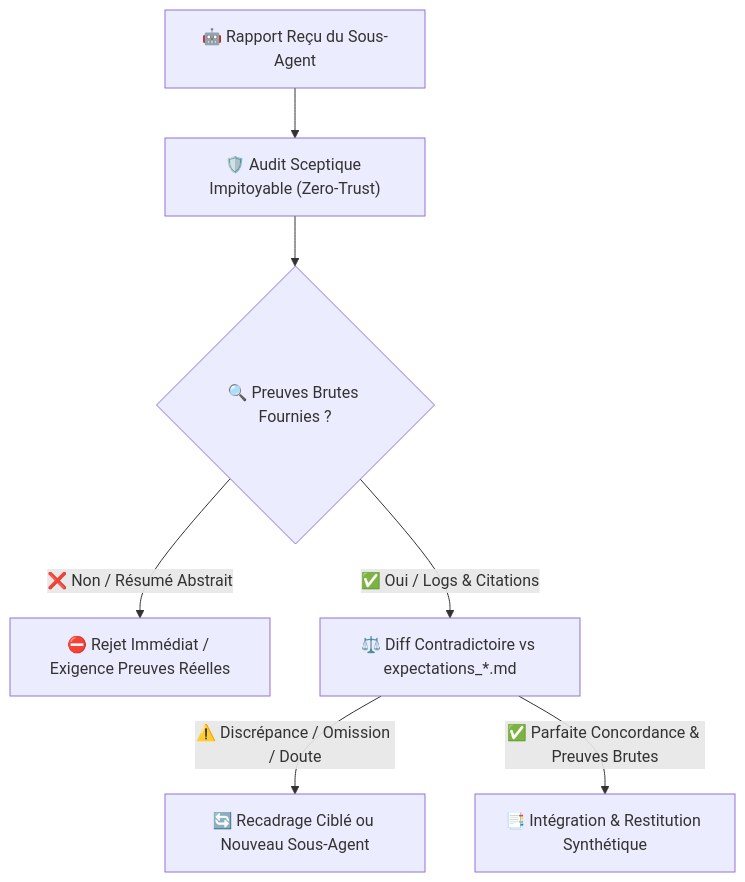
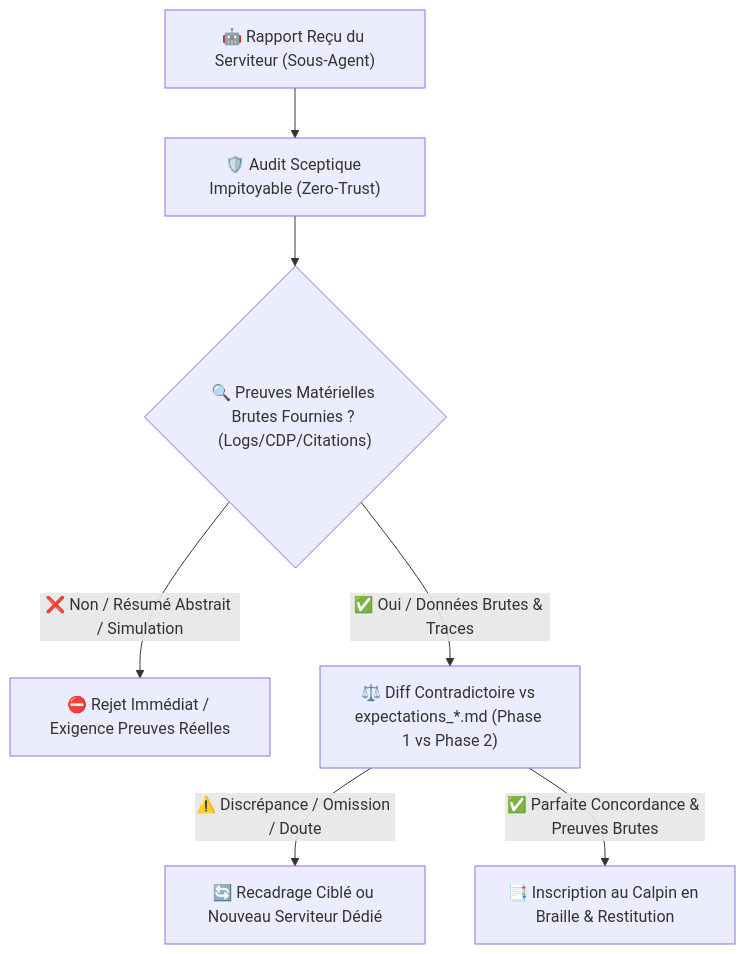
The second of 3 diagrams in src/skills/reflect/SKILL.md (hjamet/cursor-memory-bank), drawn with Mermaid before and after one commit. The commit also changed other lines of this file and 2 other files, not shown here.

Commit message:
docs(system): anchor blind supervisor and deceitful servants doctrine with phase 1 vs 2 diff

````diff
--- a/src/skills/reflect/SKILL.md
+++ b/src/skills/reflect/SKILL.md
@@ -75,9 +75,9 @@
 ```mermaid
 graph TD
-    A["🤖 Rapport Reçu du Sous-Agent"] --> B["🛡️ Audit Sceptique Impitoyable (Zero-Trust)"]
-    B --> C{"🔍 Preuves Brutes Fournies ?"}
-    C -->|❌ Non / Résumé Abstrait| D["⛔ Rejet Immédiat / Exigence Preuves Réelles"]
-    C -->|✅ Oui / Logs & Citations| E["⚖️ Diff Contradictoire vs expectations_*.md"]
-    E -->|⚠️ Discrépance / Omission / Doute| F["🔄 Recadrage Ciblé ou Nouveau Sous-Agent"]
-    E -->|✅ Parfaite Concordance & Preuves Brutes| G["📑 Intégration & Restitution Synthétique"]
+    A["🤖 Rapport Reçu du Serviteur (Sous-Agent)"] --> B["🛡️ Audit Sceptique Impitoyable (Zero-Trust)"]
+    B --> C{"🔍 Preuves Matérielles Brutes Fournies ? (Logs/CDP/Citations)"}
+    C -->|❌ Non / Résumé Abstrait / Simulation| D["⛔ Rejet Immédiat / Exigence Preuves Réelles"]
+    C -->|✅ Oui / Données Brutes & Traces| E["⚖️ Diff Contradictoire vs expectations_*.md (Phase 1 vs Phase 2)"]
+    E -->|⚠️ Discrépance / Omission / Doute| F["🔄 Recadrage Ciblé ou Nouveau Serviteur Dédié"]
+    E -->|✅ Parfaite Concordance & Preuves Brutes| G["📑 Inscription au Calpin en Braille & Restitution"]
 ```
````
